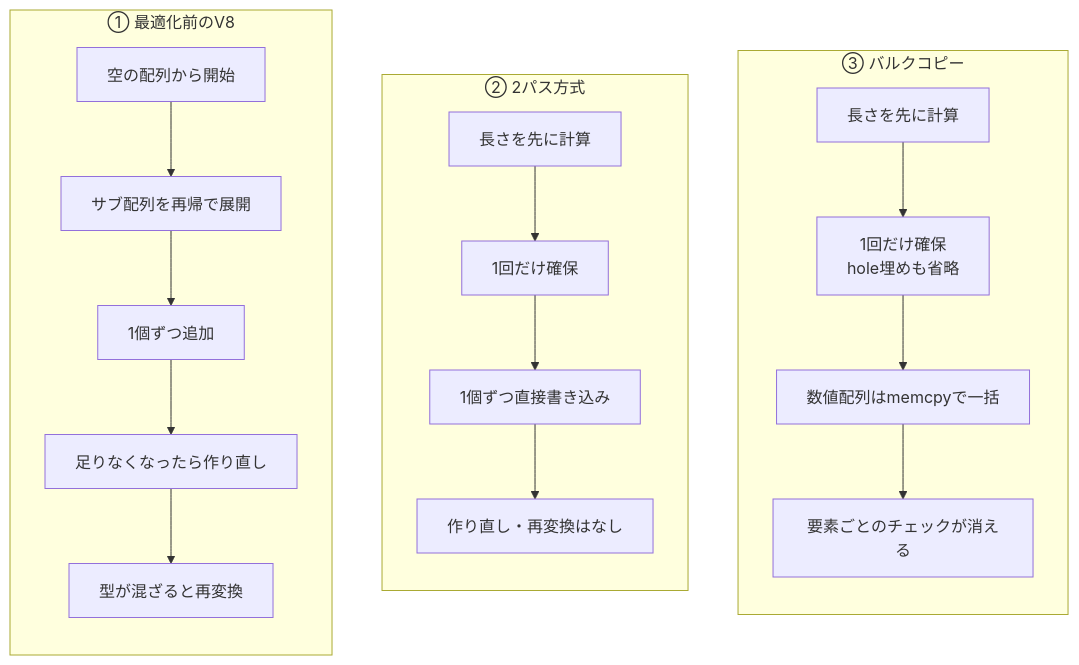
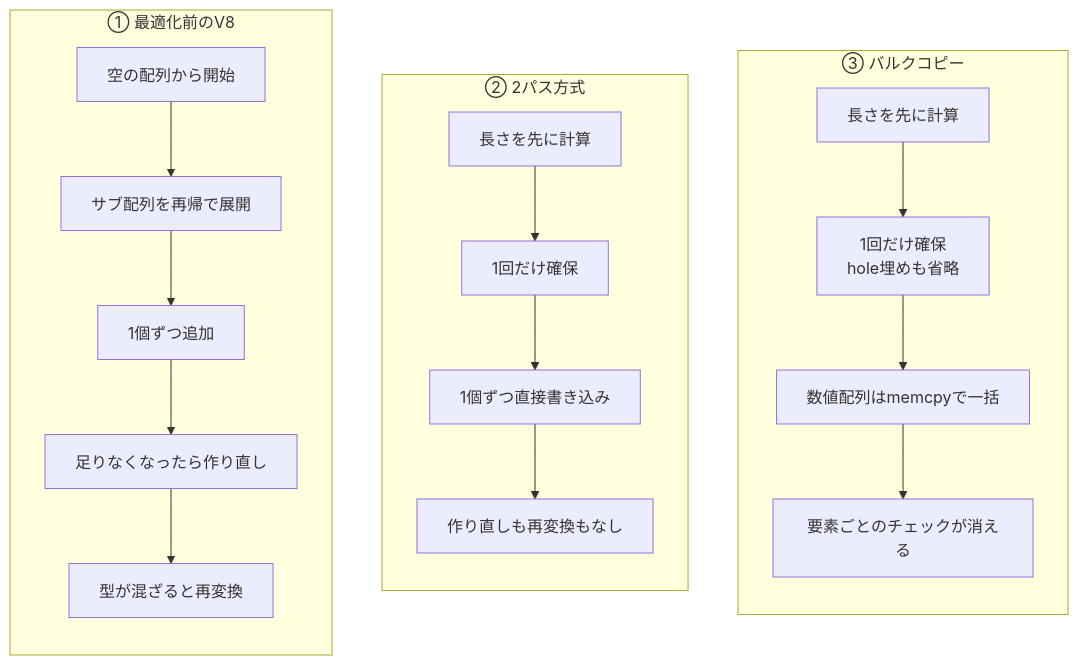
One commit to riya-amemiya/amemiya_riya_zenn_data changed the fourth of 7 diagrams in articles/e12fbacc8e761c.md. Above: the diagram before and after it, drawn with Mermaid. The commit also changed other lines of this file, not shown here.

````diff
--- a/articles/e12fbacc8e761c.md
+++ b/articles/e12fbacc8e761c.md
@@ -263,28 +249,28 @@
 ```mermaid
 flowchart LR
     subgraph v0 ["① 最適化前のV8"]
         direction TB
         A0["空の配列から開始"] --> A1["サブ配列を再帰で展開"]
         A1 --> A2["1個ずつ追加"]
         A2 --> A3["足りなくなったら作り直し"]
         A3 --> A4["型が混ざると再変換"]
     end
 
     v0 ~~~ v1
 
     subgraph v1 ["② 2パス方式"]
         direction TB
         B0["長さを先に計算"] --> B1["1回だけ確保"]
         B1 --> B2["1個ずつ直接書き込み"]
-        B2 --> B3["作り直し・再変換はなし"]
+        B2 --> B3["作り直しも再変換もなし"]
     end
 
     v1 ~~~ v2
 
     subgraph v2 ["③ バルクコピー"]
         direction TB
         C0["長さを先に計算"] --> C1["1回だけ確保<br>hole埋めも省略"]
         C1 --> C2["数値配列はmemcpyで一括"]
         C2 --> C3["要素ごとのチェックが消える"]
     end
 ```
````
